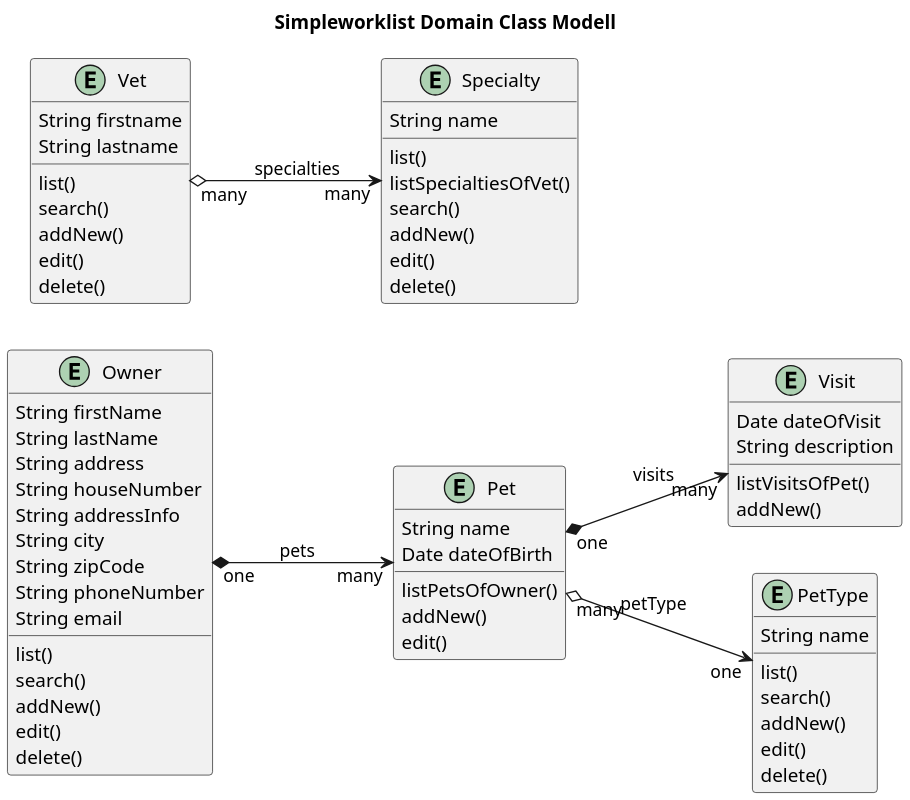
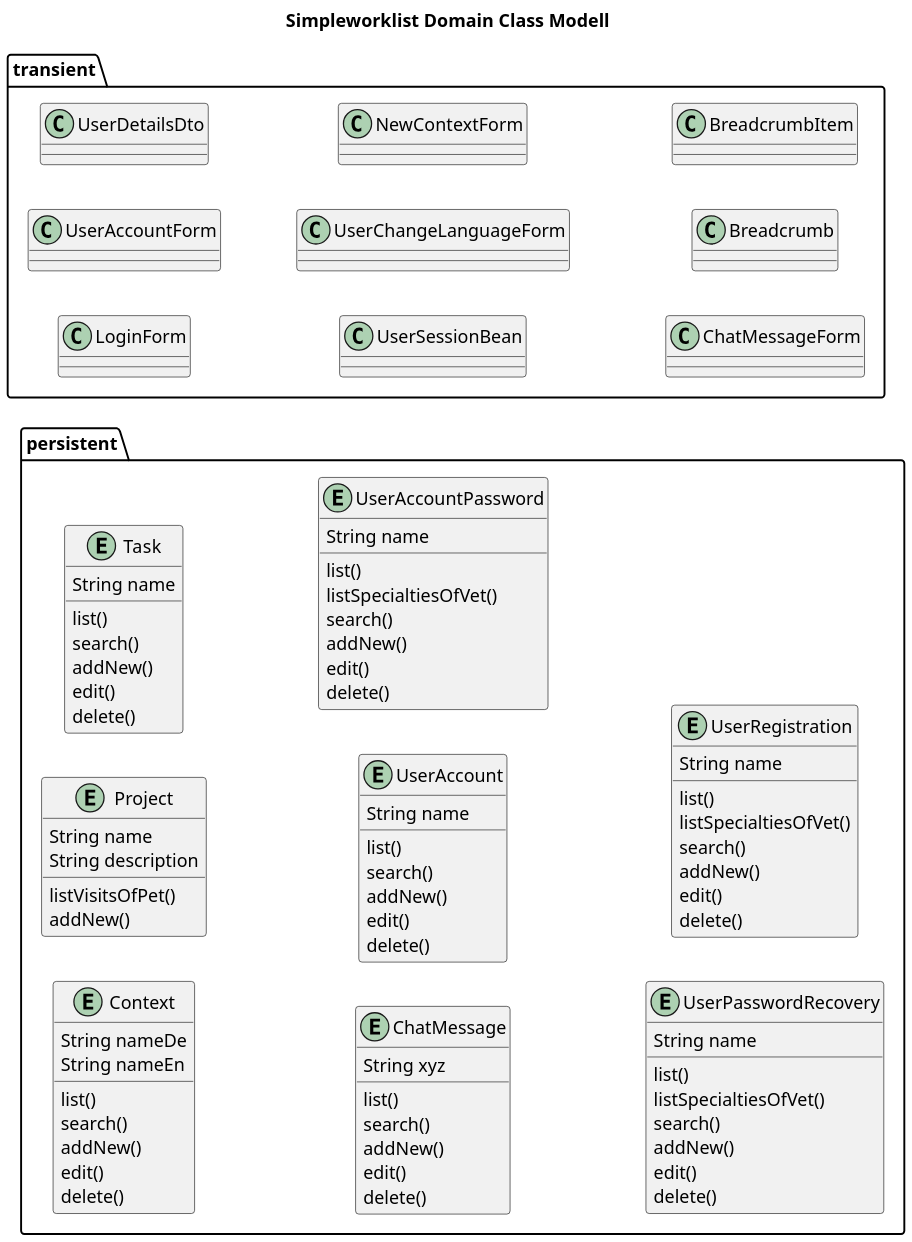
The diagram in src/main/plantuml/Simpleworklist__Domain_Class_Modell.puml (Spring-Framework-Java-Apps/simpleworklist), drawn with PlantUML before and after one commit. The commit also changed 1 other file, not shown here.

```diff
--- a/src/main/plantuml/Simpleworklist__Domain_Class_Modell.puml
+++ b/src/main/plantuml/Simpleworklist__Domain_Class_Modell.puml
@@ -1,78 +1,106 @@
 @startuml
 
 
 title Simpleworklist Domain Class Modell
 'https://plantuml.com/class-diagram
 
 left to right direction
 'top to bottom direction
 
 scale 1200 width
 
-entity Owner {
-     String firstName
-     String lastName
-     String address
-     String houseNumber
-     String addressInfo
-     String city
-     String zipCode
-     String phoneNumber
-     String email
-     list()
-     search()
-     addNew()
-     edit()
-     delete()
+package persistent {
+
+  entity Context {
+       String nameDe
+       String nameEn
+       list()
+       search()
+       addNew()
+       edit()
+       delete()
+  }
+
+  entity Project {
+      String name
+      String description
+      listVisitsOfPet()
+      addNew()
+  }
+
+  entity Task {
+      String name
+      list()
+      search()
+      addNew()
+      edit()
+      delete()
+  }
+
+  entity ChatMessage {
+      String xyz
+      list()
+      search()
+      addNew()
+      edit()
+      delete()
+  }
+
+  entity UserAccount {
+      String name
+      list()
+      search()
+      addNew()
+      edit()
+      delete()
+  }
+
+  entity UserAccountPassword {
+      String name
+      list()
+      listSpecialtiesOfVet()
+      search()
+      addNew()
+      edit()
+      delete()
+  }
+
+  entity UserPasswordRecovery {
+      String name
+      list()
+      listSpecialtiesOfVet()
+      search()
+      addNew()
+      edit()
+      delete()
+  }
+
+  entity UserRegistration {
+      String name
+      list()
+      listSpecialtiesOfVet()
+      search()
+      addNew()
+      edit()
+      delete()
+  }
+
+  'Owner "one"  *--> "many"  Pet: pets
+  'Pet "one" *--> "many" Visit: visits
+  'Pet "many"  o-->  "one" PetType: petType
+  'Vet "many" o--> "many" Specialty: specialties
+
 }
 
-entity Pet {
-    String name
-    Date dateOfBirth
-    listPetsOfOwner()
-    addNew()
-    edit()
+package transient {
+  class LoginForm {}
+  class UserAccountForm {}
+  class UserDetailsDto {}
+  class UserSessionBean {}
+  class UserChangeLanguageForm {}
+  class NewContextForm {}
+  class ChatMessageForm {}
+  class Breadcrumb {}
+  class BreadcrumbItem {}
 }
-
-entity Visit {
-    Date dateOfVisit
-    String description
-    listVisitsOfPet()
-    addNew()
-}
-
-entity PetType {
-    String name
-    list()
-    search()
-    addNew()
-    edit()
-    delete()
-}
-
-entity Vet {
-    String firstname
-    String lastname
-    list()
-    search()
-    addNew()
-    edit()
-    delete()
-}
-
-
-entity Specialty {
-    String name
-    list()
-    listSpecialtiesOfVet()
-    search()
-    addNew()
-    edit()
-    delete()
-}
-
-Owner "one"  *--> "many"  Pet: pets
-Pet "one" *--> "many" Visit: visits
-Pet "many"  o-->  "one" PetType: petType
-Vet "many" o--> "many" Specialty: specialties
 @enduml
```
